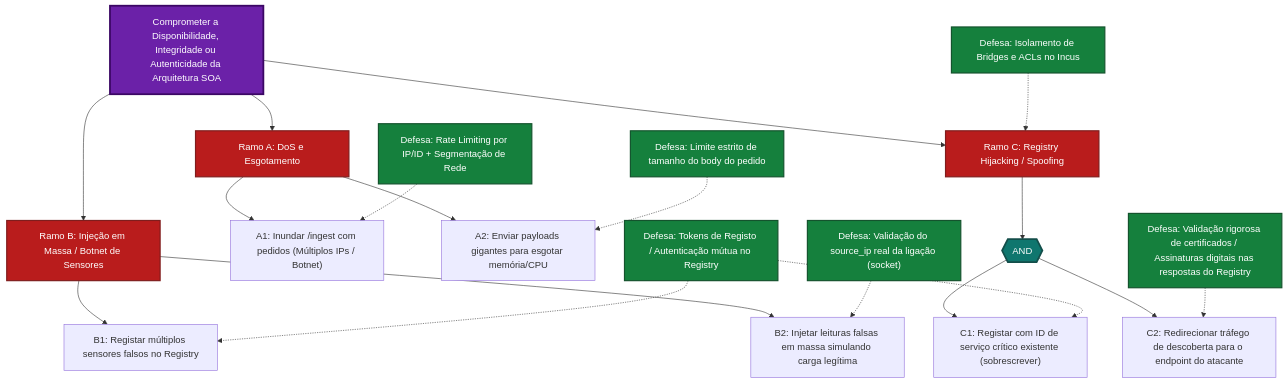
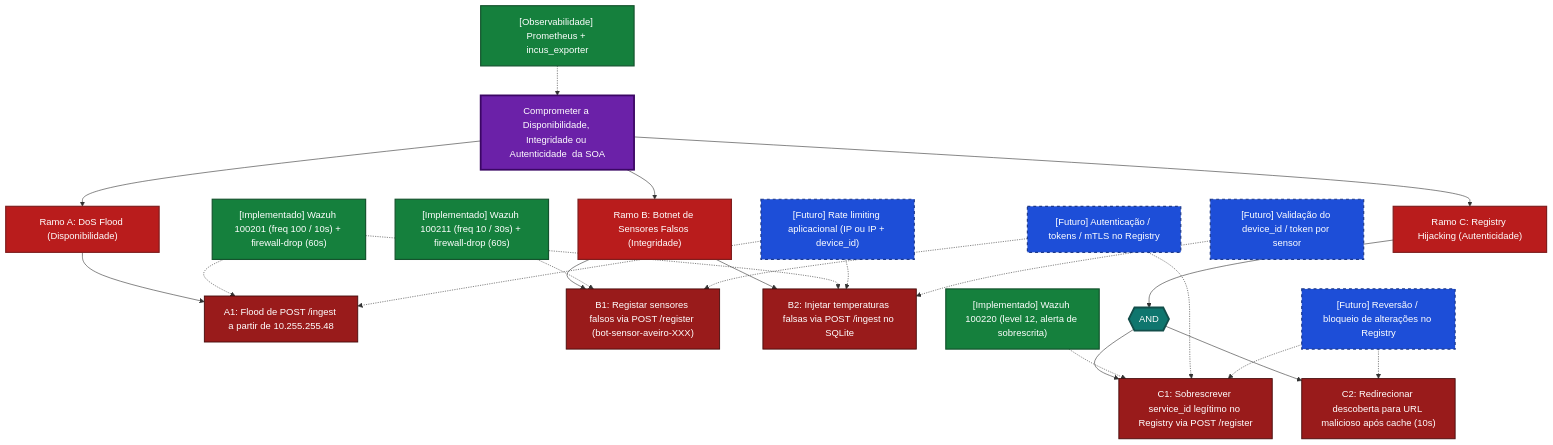
The diagram in P1/ADTree/ADTree.md (Rubenc1234/SSLE), drawn with Mermaid before and after one commit. The commit also changed 1 other file, not shown here.

Commit message:
new ADTree and script for collecting data of all runs

````diff
--- a/P1/ADTree/ADTree.md
+++ b/P1/ADTree/ADTree.md
@@ -1,49 +1,46 @@
 ```mermaid
 
 graph TD
-    %% Raiz Global
-    Root["Comprometer a Disponibilidade, Integridade ou Autenticidade da Arquitetura SOA"] --> RamoA["Ramo A: DoS e Esgotamento"]
-    Root --> RamoB["Ramo B: Injeção em Massa / Botnet de Sensores"]
-    Root --> RamoC["Ramo C: Registry Hijacking / Spoofing"]
-
-    %% Ramo A (DoS)
-    RamoA --> A1["A1: Inundar /ingest com pedidos (Múltiplos IPs / Botnet)"]
-    RamoA --> A2["A2: Enviar payloads gigantes para esgotar memória/CPU"]
-
-    %% Ramo B (Sensores Falsos / Botnet)
-    RamoB --> B1["B1: Registar múltiplos sensores falsos no Registry"]
-    RamoB --> B2["B2: Injetar leituras falsas em massa simulando carga legítima"]
-
-    %% Ramo C (Registry Spoofing - com lógica AND)
+    Root["Comprometer a Disponibilidade, Integridade ou Autenticidade  da SOA"] --> RamoA["Ramo A: DoS Flood (Disponibilidade)"]
+    Root --> RamoB["Ramo B: Botnet de Sensores Falsos (Integridade)"]
+    Root --> RamoC["Ramo C: Registry Hijacking (Autenticidade)"]
+    RamoA --> A1["A1: Flood de POST /ingest a partir de 10.255.255.48"]
+    RamoB --> B1["B1: Registar sensores falsos via POST /register (bot-sensor-aveiro-XXX)"]
+    RamoB --> B2["B2: Injetar temperaturas falsas via POST /ingest no SQLite"]
     RamoC --> C_And{{"AND"}}
-    C_And --> C1["C1: Registar com ID de serviço crítico existente (sobrescrever)"]
-    C_And --> C2["C2: Redirecionar tráfego de descoberta para o endpoint do atacante"]
-
-    %% Defesas / Contramedidas (ligadas a tracejado)
-    Def1["Defesa: Rate Limiting por IP/ID + Segmentação de Rede"] -.-> A1
-    Def2["Defesa: Limite estrito de tamanho do body do pedido"] -.-> A2
-    Def3["Defesa: Tokens de Registo / Autenticação mútua no Registry"] -.-> B1
-    Def3 -.-> C1
-    Def4["Defesa: Validação do source_ip real da ligação (socket)"] -.-> B2
-    Def5["Defesa: Validação rigorosa de certificados / Assinaturas digitais nas respostas do Registry"] -.-> C2
-    Def6["Defesa: Isolamento de Bridges e ACLs no Incus"] -.-> RamoC
-
-    %% Estilos visuais
+    C_And --> C1["C1: Sobrescrever service_id legítimo no Registry via POST /register"]
+    C_And --> C2["C2: Redirecionar descoberta para URL malicioso após cache (10s)"]
+    %% Controlos implementados
+    DefImpl1["[Implementado] Wazuh 100201 (freq 100 / 10s) + firewall-drop (60s)"] -.-> A1
+    DefImpl1 -.-> B2
+    DefImpl2["[Implementado] Wazuh 100211 (freq 10 / 30s) + firewall-drop (60s)"] -.-> B1
+    DefImpl3["[Implementado] Wazuh 100220 (level 12, alerta de sobrescrita)"] -.-> C1
+    DefImpl4["[Observabilidade] Prometheus + incus_exporter"] -.-> Root
+    %% Contramedidas / Trabalho futuro
+    DefFut1["[Futuro] Rate limiting aplicacional (IP ou IP + device_id)"] -.-> A1
+    DefFut1 -.-> B2
+    DefFut2["[Futuro] Autenticação / tokens / mTLS no Registry"] -.-> B1
+    DefFut2 -.-> C1
+    DefFut3["[Futuro] Reversão / bloqueio de alterações no Registry"] -.-> C1
+    DefFut3 -.-> C2
+    DefFut4["[Futuro] Validação do device_id / token por sensor"] -.-> B2
     style Root fill:#6B21A8,color:#FFFFFF,stroke:#3B0764,stroke-width:3px
     style C_And fill:#0F766E,color:#FFFFFF,stroke:#134E4A,stroke-width:3px
     style RamoA fill:#B91C1C,color:#FFFFFF,stroke:#7F1D1D,stroke-width:2px
     style RamoB fill:#B91C1C,color:#FFFFFF,stroke:#7F1D1D,stroke-width:2px
     style RamoC fill:#B91C1C,color:#FFFFFF,stroke:#7F1D1D,stroke-width:2px
-    style Def1 fill:#15803D,color:#FFFFFF,stroke:#14532D,stroke-width:2px
-    style Def2 fill:#15803D,color:#FFFFFF,stroke:#14532D,stroke-width:2px
-    style Def3 fill:#15803D,color:#FFFFFF,stroke:#14532D,stroke-width:2px
-    style Def4 fill:#15803D,color:#FFFFFF,stroke:#14532D,stroke-width:2px
-    style Def5 fill:#15803D,color:#FFFFFF,stroke:#14532D,stroke-width:2px
-    style Def6 fill:#15803D,color:#FFFFFF,stroke:#14532D,stroke-width:2px
-
-    %% Estilo adicional para os nós intermédios
-    classDef attack fill:#991B1B,color:#FFFFFF,stroke:#450A0A,stroke-width:1.5px
-    classDef defense fill:#166534,color:#FFFFFF,stroke:#052E16,stroke-width:1.5px
-    classDef rootStyle fill:#6B21A8,color:#FFFFFF,stroke:#3B0764,stroke-width:3px
+    style A1 fill:#991B1B,color:#FFFFFF,stroke:#450A0A,stroke-width:1.5px
+    style B1 fill:#991B1B,color:#FFFFFF,stroke:#450A0A,stroke-width:1.5px
+    style B2 fill:#991B1B,color:#FFFFFF,stroke:#450A0A,stroke-width:1.5px
+    style C1 fill:#991B1B,color:#FFFFFF,stroke:#450A0A,stroke-width:1.5px
+    style C2 fill:#991B1B,color:#FFFFFF,stroke:#450A0A,stroke-width:1.5px
+    style DefImpl1 fill:#15803D,color:#FFFFFF,stroke:#14532D,stroke-width:2px
+    style DefImpl2 fill:#15803D,color:#FFFFFF,stroke:#14532D,stroke-width:2px
+    style DefImpl3 fill:#15803D,color:#FFFFFF,stroke:#14532D,stroke-width:2px
+    style DefImpl4 fill:#15803D,color:#FFFFFF,stroke:#14532D,stroke-width:2px
+    style DefFut1 fill:#1D4ED8,color:#FFFFFF,stroke:#1E3A8A,stroke-width:2px,stroke-dasharray: 5 5
+    style DefFut2 fill:#1D4ED8,color:#FFFFFF,stroke:#1E3A8A,stroke-width:2px,stroke-dasharray: 5 5
+    style DefFut3 fill:#1D4ED8,color:#FFFFFF,stroke:#1E3A8A,stroke-width:2px,stroke-dasharray: 5 5
+    style DefFut4 fill:#1D4ED8,color:#FFFFFF,stroke:#1E3A8A,stroke-width:2px,stroke-dasharray: 5 5
 
 ```
````
